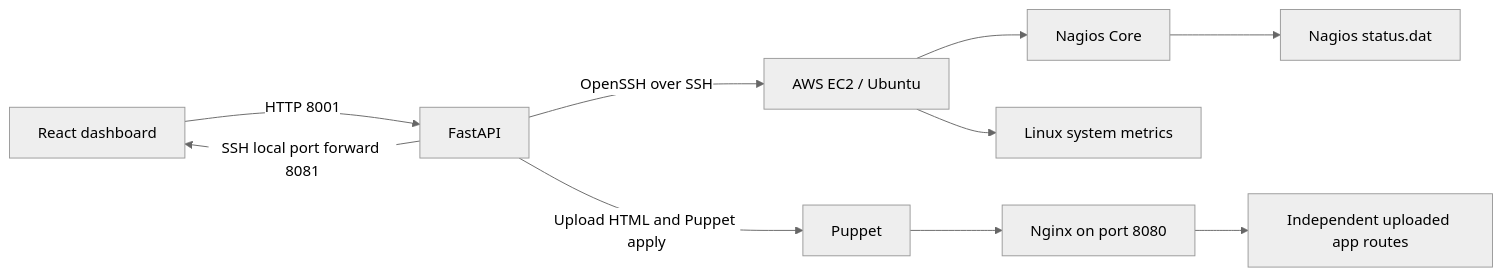
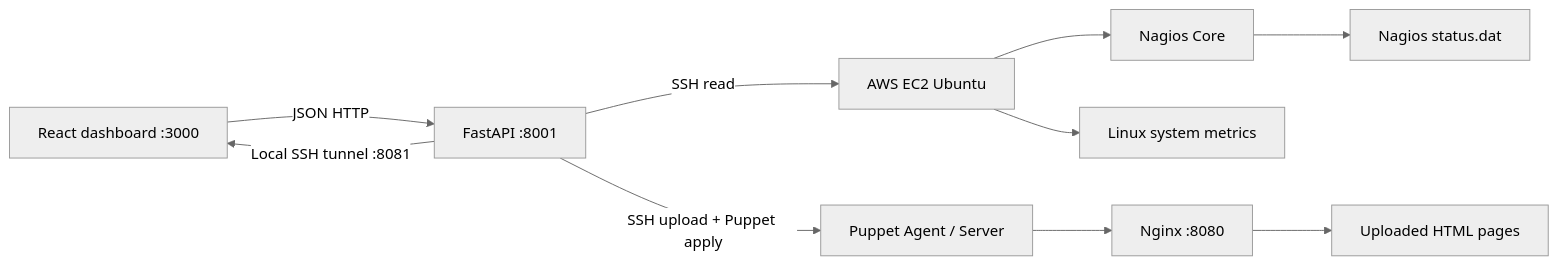
Before and after one commit to NISHANTKUMAR2004/Automated-we-server-deployment-and-monitoring: the diagram in README.md, drawn with Mermaid (neutral theme). The commit also changed other lines of this file and 2 other files, not shown here.

````diff
--- a/README.md
+++ b/README.md
@@ -19,12 +27,12 @@
 ```mermaid
 flowchart LR
-    Browser[React dashboard] -->|HTTP 8001| API[FastAPI]
-    API -->|OpenSSH over SSH| EC2[AWS EC2 / Ubuntu]
+    Browser[React dashboard :3000] -->|JSON HTTP| API[FastAPI :8001]
+    API -->|SSH read| EC2[AWS EC2 Ubuntu]
     EC2 --> Nagios[Nagios Core]
     Nagios --> Status[Nagios status.dat]
     EC2 --> Metrics[Linux system metrics]
-    API -->|Upload HTML and Puppet apply| Puppet[Puppet]
-    Puppet --> Nginx[Nginx on port 8080]
-    Nginx --> Page[Independent uploaded app routes]
-    API -->|SSH local port forward 8081| Browser
+    API -->|SSH upload + Puppet apply| Puppet[Puppet Agent / Server]
+    Puppet --> Nginx[Nginx :8080]
+    Nginx --> Pages[Uploaded HTML pages]
+    API -->|Local SSH tunnel :8081| Browser
 ```
````
